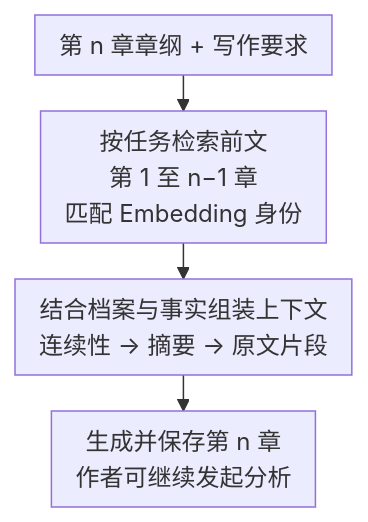
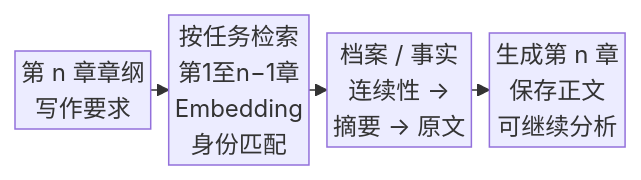
Before and after one commit to GTJasonMK/A4N: the fifth of 18 diagrams in README.md, drawn with Mermaid. The commit also changed other lines of this file and 2 other files, not shown here.

````diff
--- a/README.md
+++ b/README.md
@@ -139,12 +139,12 @@
 ```mermaid
 ---
 config:
-  flowchart: { nodeSpacing: 20, rankSpacing: 24, padding: 8, wrappingWidth: 240 }
+  flowchart: { nodeSpacing: 16, rankSpacing: 12, padding: 2, wrappingWidth: 96 }
 ---
-flowchart TB
+flowchart LR
   accTitle: 前文资料如何进入后续章节生成
   accDescr: 当前章纲和写作要求驱动前文检索，范围限定为第一至 n−1 章且 Embedding 身份匹配。检索结果与档案事实组成上下文，再生成第 n 章；保存后由作者按需发起下一次分析。
-  intent["第 n 章章纲 + 写作要求"] --> retrieval["按任务检索前文<br/>第 1 至 n−1 章<br/>匹配 Embedding 身份"]
-  retrieval --> context["结合档案与事实组装上下文<br/>连续性 → 摘要 → 原文片段"]
-  context --> saved["生成并保存第 n 章<br/>作者可继续发起分析"]
+  intent["第 n 章章纲<br/>写作要求"] --> retrieval["按任务检索<br/>第1至n−1章<br/>Embedding<br/>身份匹配"]
+  retrieval --> context["档案 / 事实<br/>连续性 →<br/>摘要 → 原文"]
+  context --> saved["生成第 n 章<br/>保存正文<br/>可继续分析"]
 ```
````
